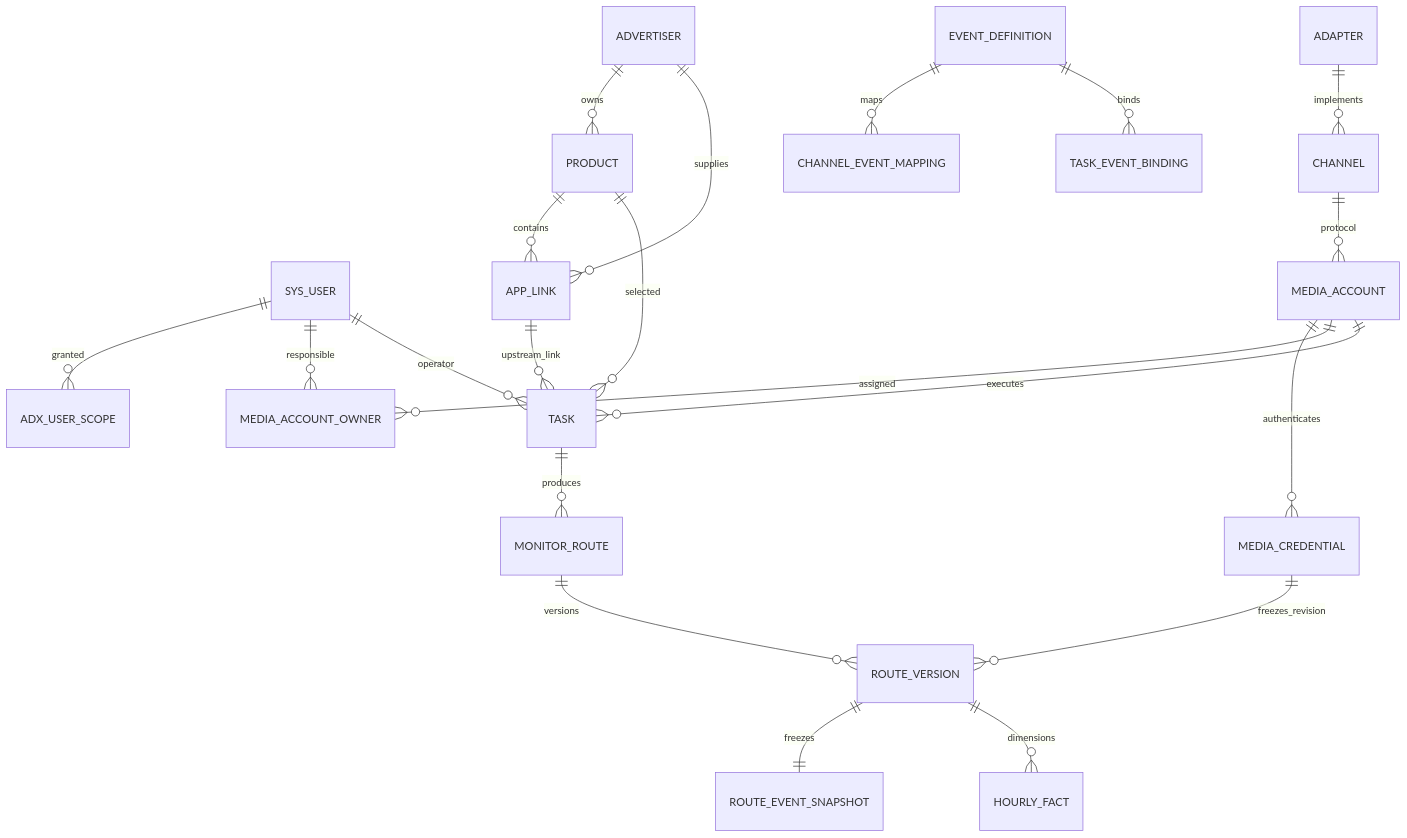
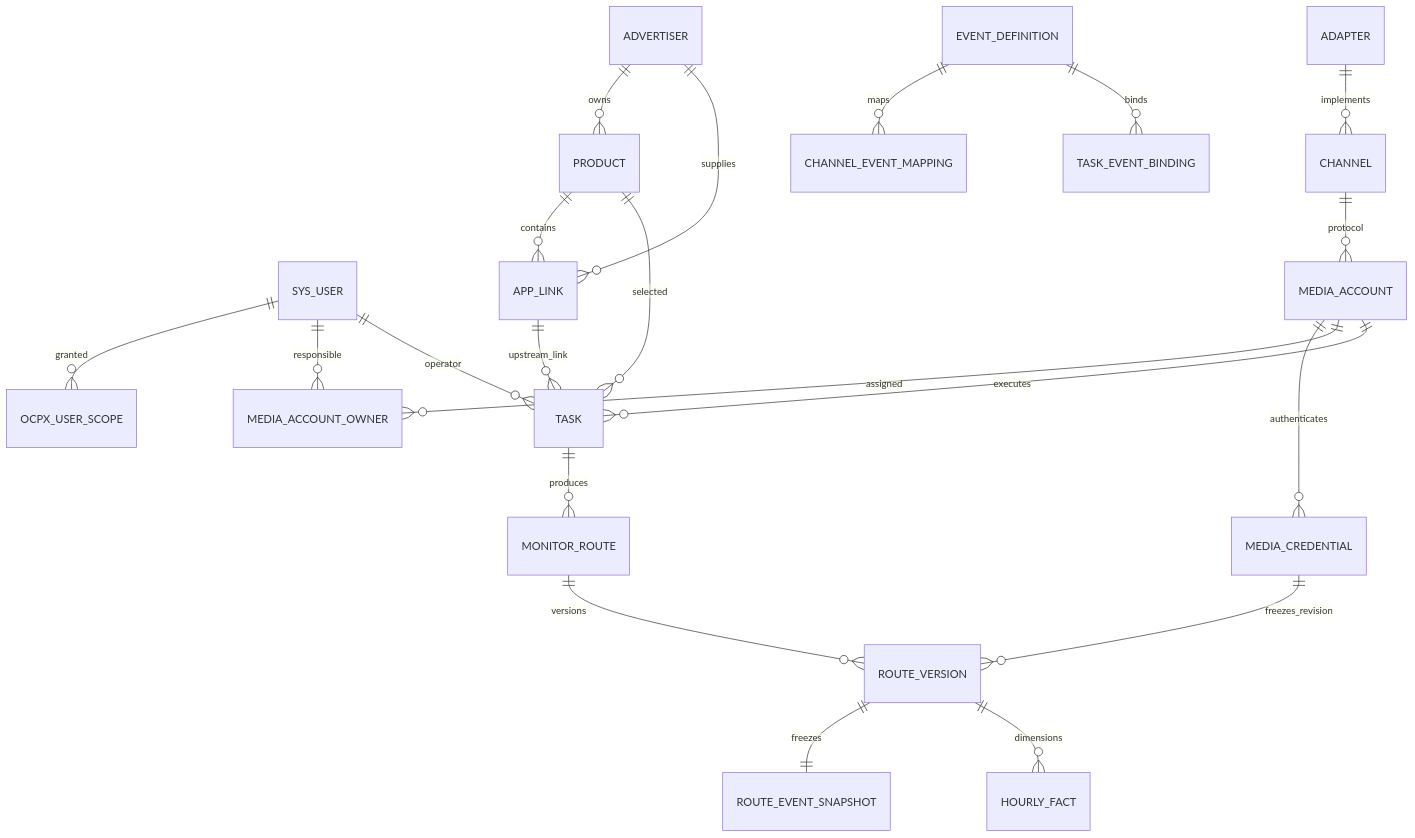
Before and after one commit to CoderX42/smart-converge-x-ocpx: the first of 3 diagrams in docs/广告平台设计/ocpx-aerim-模块实现规格/00-总体领域模型与跨模块数据流.md, drawn with Mermaid. The commit also changed other lines of this file and 522 other files, not shown here.

````diff
--- a/docs/广告平台设计/ocpx-aerim-模块实现规格/00-总体领域模型与跨模块数据流.md
+++ b/docs/广告平台设计/ocpx-aerim-模块实现规格/00-总体领域模型与跨模块数据流.md
@@ -29,23 +29,23 @@
 ```mermaid
 erDiagram
-  SYS_USER ||--o{ ADX_USER_SCOPE : granted
+  SYS_USER ||--o{ OCPX_USER_SCOPE : granted
   ADVERTISER ||--o{ PRODUCT : owns
   ADVERTISER ||--o{ APP_LINK : supplies
   PRODUCT ||--o{ APP_LINK : contains
   CHANNEL ||--o{ MEDIA_ACCOUNT : protocol
   ADAPTER ||--o{ CHANNEL : implements
   MEDIA_ACCOUNT ||--o{ MEDIA_CREDENTIAL : authenticates
   SYS_USER ||--o{ MEDIA_ACCOUNT_OWNER : responsible
   MEDIA_ACCOUNT ||--o{ MEDIA_ACCOUNT_OWNER : assigned
   PRODUCT ||--o{ TASK : selected
   APP_LINK ||--o{ TASK : upstream_link
   MEDIA_ACCOUNT ||--o{ TASK : executes
   SYS_USER ||--o{ TASK : operator
   TASK ||--o{ MONITOR_ROUTE : produces
   MONITOR_ROUTE ||--o{ ROUTE_VERSION : versions
   MEDIA_CREDENTIAL ||--o{ ROUTE_VERSION : freezes_revision
   ROUTE_VERSION ||--|| ROUTE_EVENT_SNAPSHOT : freezes
   EVENT_DEFINITION ||--o{ CHANNEL_EVENT_MAPPING : maps
   EVENT_DEFINITION ||--o{ TASK_EVENT_BINDING : binds
   ROUTE_VERSION ||--o{ HOURLY_FACT : dimensions
 ```
````
